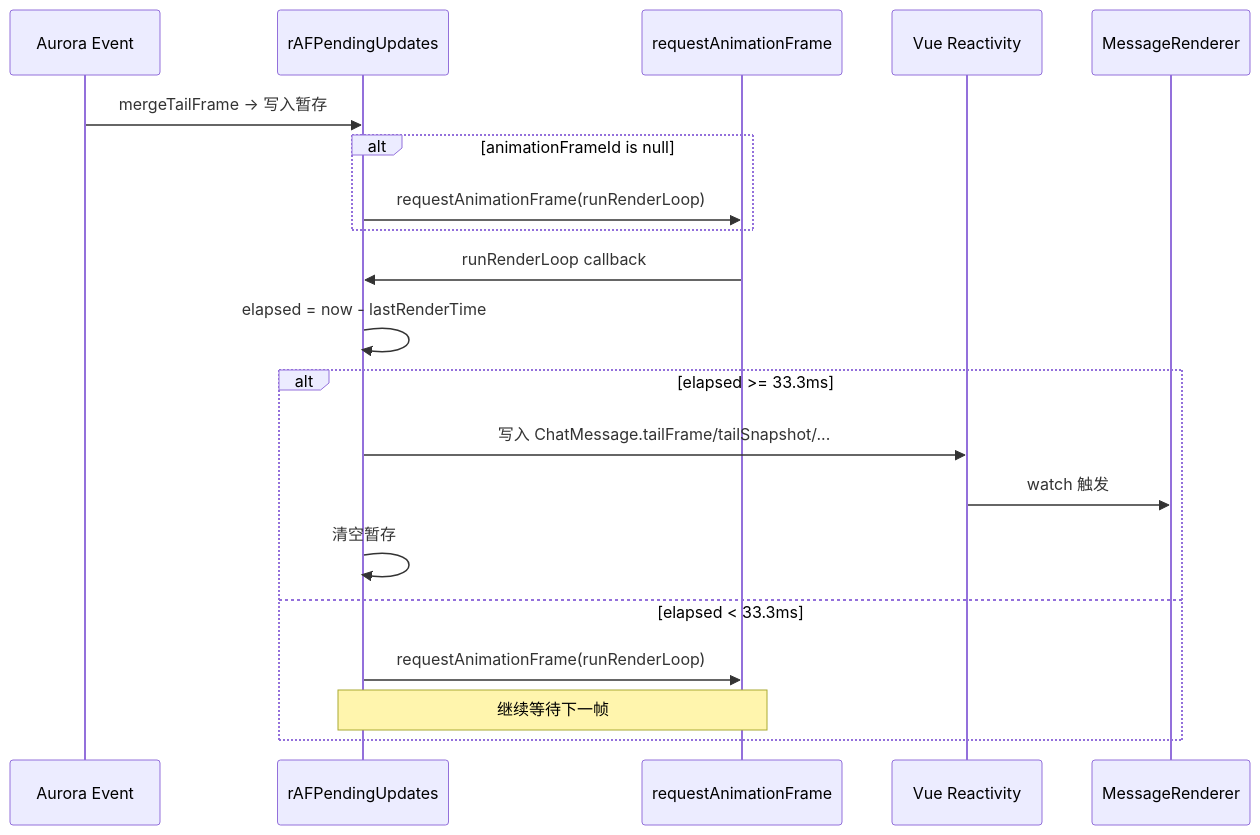
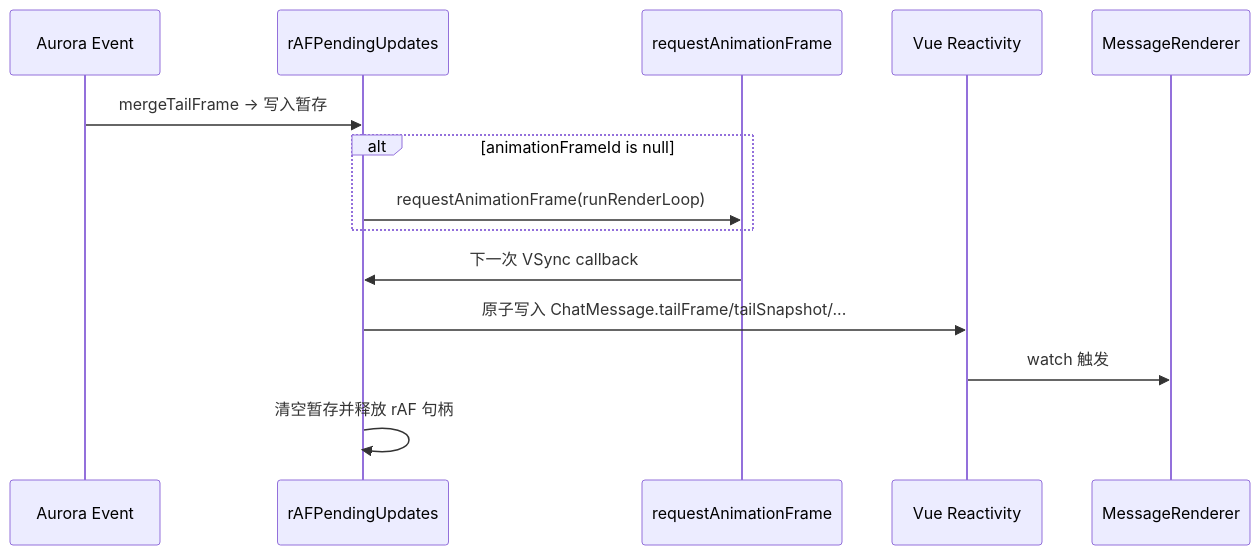
The third of 5 diagrams in docs/modules/ast-diff/05_MessageRenderer集成与rAF渲染节流.md (MRiecy/VCPMobile), drawn with Mermaid before and after one commit. The commit also changed other lines of this file and 12 other files, not shown here.

````diff
--- a/docs/modules/ast-diff/05_MessageRenderer集成与rAF渲染节流.md
+++ b/docs/modules/ast-diff/05_MessageRenderer集成与rAF渲染节流.md
@@ -201,26 +176,19 @@
 ```mermaid
 sequenceDiagram
     participant Ev as Aurora Event
     participant Pool as rAFPendingUpdates
     participant rAF as requestAnimationFrame
     participant Vue as Vue Reactivity
     participant MR as MessageRenderer
 
     Ev->>Pool: mergeTailFrame → 写入暂存
 
     alt animationFrameId is null
         Pool->>rAF: requestAnimationFrame(runRenderLoop)
     end
 
-    rAF->>Pool: runRenderLoop callback
-    Pool->>Pool: elapsed = now - lastRenderTime
-
-    alt elapsed >= 33.3ms
-        Pool->>Vue: 写入 ChatMessage.tailFrame/tailSnapshot/...
-        Vue->>MR: watch 触发
-        Pool->>Pool: 清空暂存
-    else elapsed < 33.3ms
-        Pool->>rAF: requestAnimationFrame(runRenderLoop)
-        Note over Pool,rAF: 继续等待下一帧
-    end
+    rAF->>Pool: 下一次 VSync callback
+    Pool->>Vue: 原子写入 ChatMessage.tailFrame/tailSnapshot/...
+    Vue->>MR: watch 触发
+    Pool->>Pool: 清空暂存并释放 rAF 句柄
 ```
````
